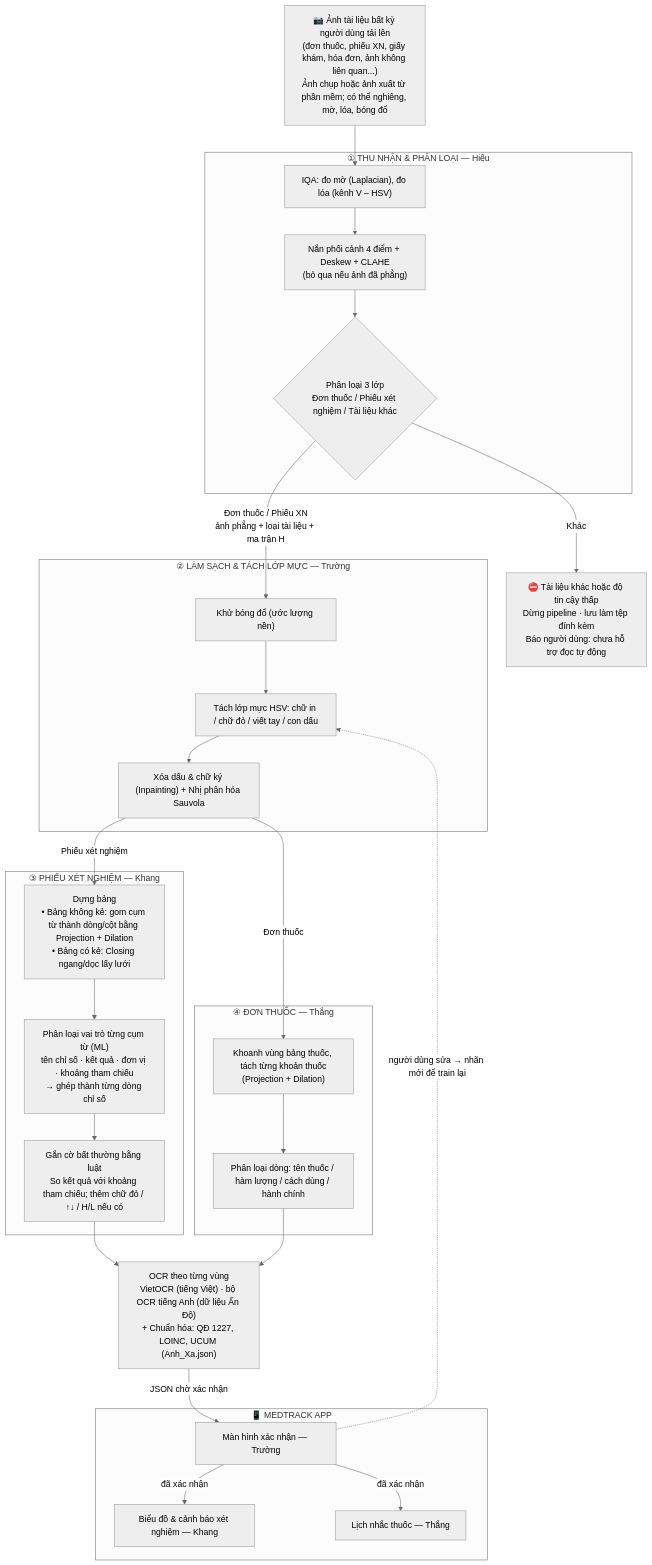
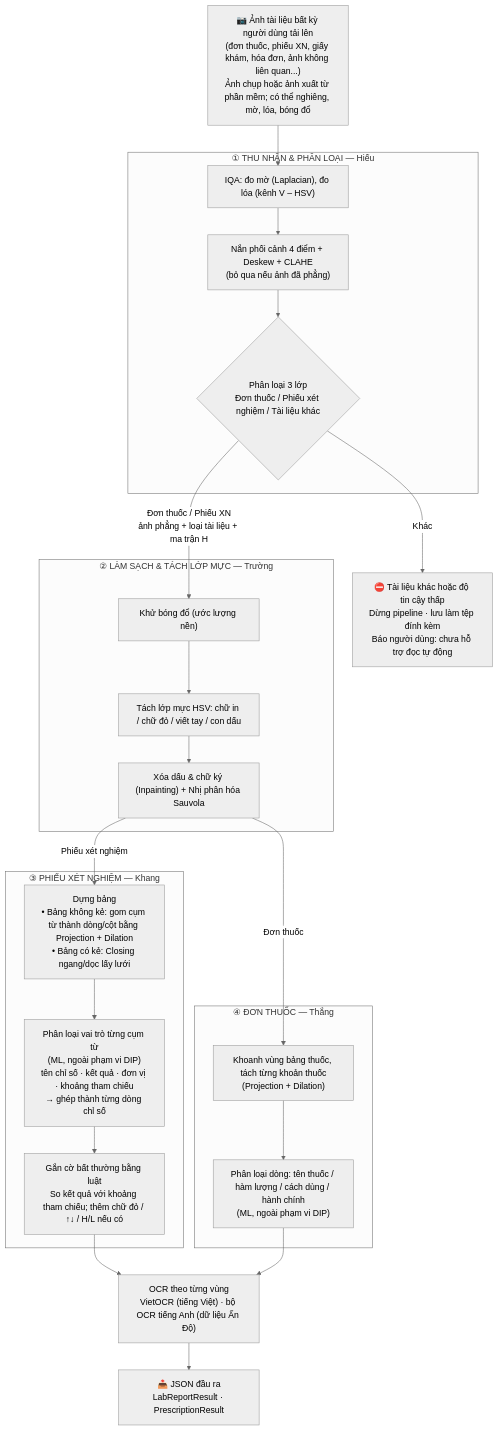
One commit to KhangDaoz/dip changed the diagram in team/PhanCong_TongHop.md. Above: the diagram before and after it, drawn with Mermaid (neutral theme). The commit also changed other lines of this file and 151 other files, not shown here.

````diff
--- a/team/PhanCong_TongHop.md
+++ b/team/PhanCong_TongHop.md
@@ -14,49 +14,42 @@
 ```mermaid
 flowchart TD
     IN["📷 Ảnh tài liệu bất kỳ người dùng tải lên<br>(đơn thuốc, phiếu XN, giấy khám, hóa đơn, ảnh không liên quan...)<br>Ảnh chụp hoặc ảnh xuất từ phần mềm; có thể nghiêng, mờ, lóa, bóng đổ"]
 
     subgraph S1 ["① THU NHẬN & PHÂN LOẠI — Hiếu"]
         A1["IQA: đo mờ (Laplacian), đo lóa (kênh V – HSV)"]
         A2["Nắn phối cảnh 4 điểm + Deskew + CLAHE<br>(bỏ qua nếu ảnh đã phẳng)"]
         A3{"Phân loại 3 lớp<br>Đơn thuốc / Phiếu xét nghiệm / Tài liệu khác"}
     end
 
     X["⛔ Tài liệu khác hoặc độ tin cậy thấp<br>Dừng pipeline · lưu làm tệp đính kèm<br>Báo người dùng: chưa hỗ trợ đọc tự động"]
 
     subgraph S2 ["② LÀM SẠCH & TÁCH LỚP MỰC — Trường"]
         B1["Khử bóng đổ (ước lượng nền)"]
         B2["Tách lớp mực HSV: chữ in / chữ đỏ / viết tay / con dấu"]
         B3["Xóa dấu & chữ ký (Inpainting) + Nhị phân hóa Sauvola"]
     end
 
     subgraph S3 ["③ PHIẾU XÉT NGHIỆM — Khang"]
         C1["Dựng bảng<br>• Bảng không kẻ: gom cụm từ thành dòng/cột bằng Projection + Dilation<br>• Bảng có kẻ: Closing ngang/dọc lấy lưới"]
-        C2["Phân loại vai trò từng cụm từ (ML)<br>tên chỉ số · kết quả · đơn vị · khoảng tham chiếu<br>→ ghép thành từng dòng chỉ số"]
+        C2["Phân loại vai trò từng cụm từ<br>(ML, ngoài phạm vi DIP)<br>tên chỉ số · kết quả · đơn vị · khoảng tham chiếu<br>→ ghép thành từng dòng chỉ số"]
         C3["Gắn cờ bất thường bằng luật<br>So kết quả với khoảng tham chiếu; thêm chữ đỏ / ↑↓ / H/L nếu có"]
     end
 
     subgraph S4 ["④ ĐƠN THUỐC — Thắng"]
         D1["Khoanh vùng bảng thuốc, tách từng khoản thuốc<br>(Projection + Dilation)"]
-        D2["Phân loại dòng: tên thuốc / hàm lượng / cách dùng / hành chính"]
+        D2["Phân loại dòng: tên thuốc / hàm lượng / cách dùng / hành chính<br>(ML, ngoài phạm vi DIP)"]
     end
 
-    OCR["OCR theo từng vùng<br>VietOCR (tiếng Việt) · bộ OCR tiếng Anh (dữ liệu Ấn Độ)<br>+ Chuẩn hóa: QĐ 1227, LOINC, UCUM (Anh_Xa.json)"]
+    OCR["OCR theo từng vùng<br>VietOCR (tiếng Việt) · bộ OCR tiếng Anh (dữ liệu Ấn Độ)"]
 
-    subgraph APP ["📱 MEDTRACK APP"]
-        V["Màn hình xác nhận — Trường"]
-        L["Biểu đồ & cảnh báo xét nghiệm — Khang"]
-        R["Lịch nhắc thuốc — Thắng"]
-    end
+    OUT["📤 JSON đầu ra<br>LabReportResult · PrescriptionResult"]
 
     IN --> A1 --> A2 --> A3
     A3 -->|"Đơn thuốc / Phiếu XN<br>ảnh phẳng + loại tài liệu + ma trận H"| B1 --> B2 --> B3
     A3 -->|Khác| X
     B3 -->|Phiếu xét nghiệm| C1 --> C2 --> C3
     B3 -->|Đơn thuốc| D1 --> D2
     C3 --> OCR
     D2 --> OCR
-    OCR -->|"JSON chờ xác nhận"| V
-    V -->|đã xác nhận| L
-    V -->|đã xác nhận| R
-    V -.->|"người dùng sửa → nhãn mới để train lại"| B2
+    OCR --> OUT
 ```
````
